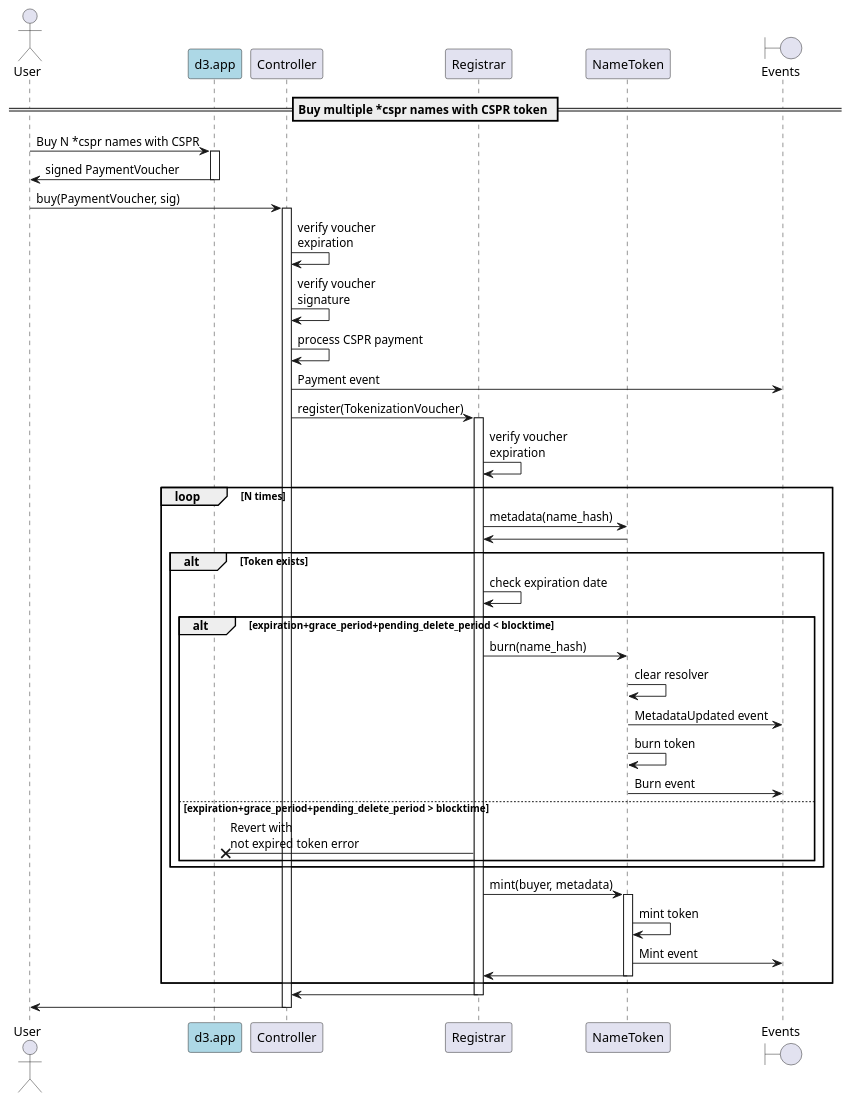
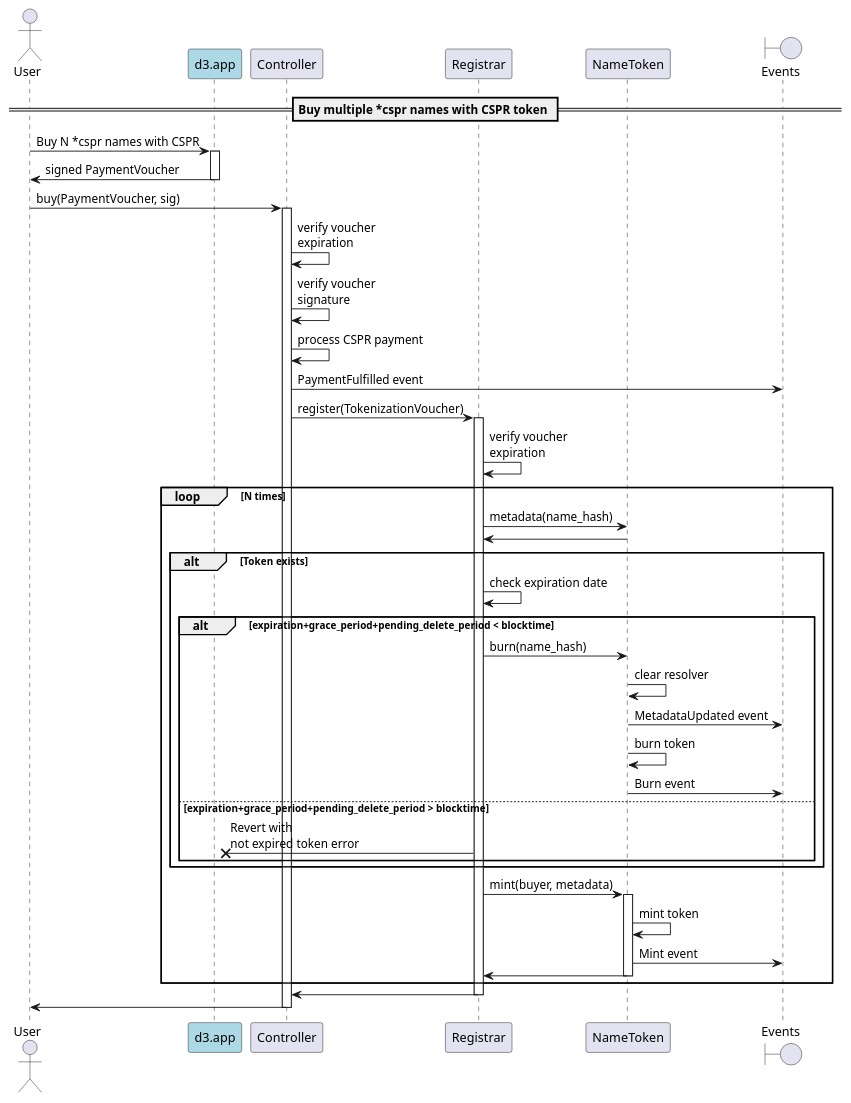
Before and after one commit to make-software/cspr-name-contracts: the diagram in docs/sequence-diagrams/puml/onchain-multiple-purchase.puml, drawn with PlantUML. The commit also changed 14 other files, not shown here.

Commit message:
Changes to controller and resolution: - set resolver on registrar instead of controller. - updated resolution flows. - added cleanup() flow

```diff
--- a/docs/sequence-diagrams/puml/onchain-multiple-purchase.puml
+++ b/docs/sequence-diagrams/puml/onchain-multiple-purchase.puml
@@ -1,55 +1,55 @@
 @startuml
 'https://plantuml.com/sequence-diagram
 
 'autonumber
 actor User
 participant "d3.app" as d3 #lightblue
 participant "Controller"
 participant "Registrar"
 participant "NameToken"
 boundary "Events"
 
 == Buy multiple *cspr names with CSPR token ==
 
 User -> d3: Buy N *cspr names with CSPR
 activate d3
 d3 -> User: signed PaymentVoucher
 deactivate d3
 
 User -> Controller: buy(PaymentVoucher, sig)
 activate Controller
 Controller -> Controller: verify voucher\nexpiration
 Controller -> Controller: verify voucher\nsignature
 Controller -> Controller: process CSPR payment
-Controller -> "Events": Payment event
+Controller -> "Events": PaymentFulfilled event
 Controller -> Registrar: register(TokenizationVoucher)
 activate Registrar
 Registrar -> Registrar: verify voucher\nexpiration
     loop N times
         Registrar -> NameToken: metadata(name_hash)
         NameToken -> Registrar
         alt Token exists
             Registrar -> Registrar: check expiration date
             alt expiration+grace_period+pending_delete_period < blocktime
                 Registrar -> NameToken: burn(name_hash)
                 NameToken -> NameToken: clear resolver
                 NameToken -> "Events": MetadataUpdated event
                 NameToken -> NameToken: burn token
                 NameToken -> "Events": Burn event
             else expiration+grace_period+pending_delete_period > blocktime
                 Registrar ->x d3: Revert with\nnot expired token error
             end
         end
         Registrar -> NameToken: mint(buyer, metadata)
         activate NameToken
         NameToken -> NameToken: mint token
         NameToken -> "Events": Mint event
         NameToken -> Registrar
         deactivate NameToken
     end loop
 Registrar -> Controller
 deactivate Registrar
 Controller -> User
 deactivate Controller
 
 @enduml
```
